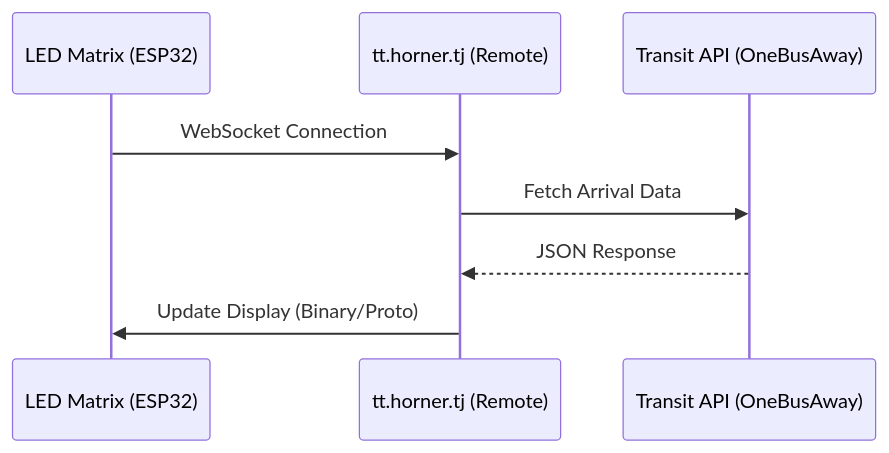
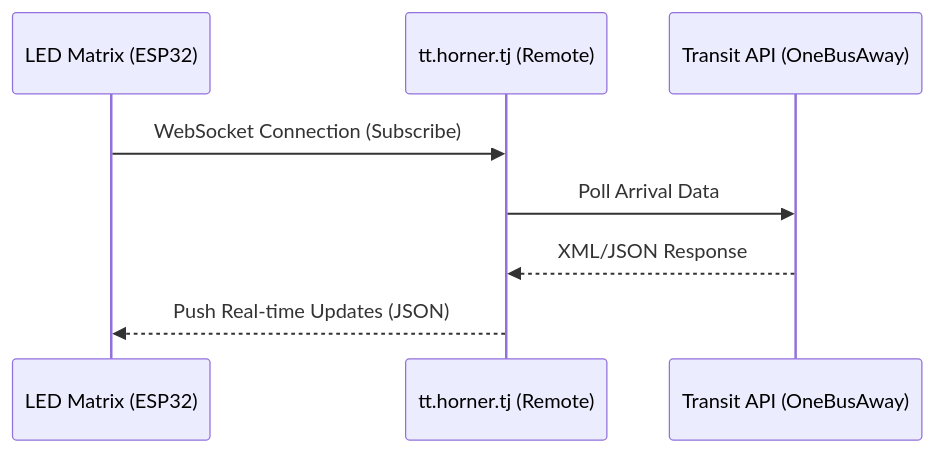
Before and after one commit to tommyroar/transit-tracker-tui: the first of 2 diagrams in README.md, drawn with Mermaid. The commit also changed other lines of this file, not shown here.

Commit message:
docs: add sequence diagrams for cloud and local websocket architecture

````diff
--- a/README.md
+++ b/README.md
@@ -19,11 +19,11 @@
 ```mermaid
 sequenceDiagram
     participant HW as LED Matrix (ESP32)
     participant Cloud as tt.horner.tj (Remote)
     participant API as Transit API (OneBusAway)
 
-    HW->>Cloud: WebSocket Connection
-    Cloud->>API: Fetch Arrival Data
-    API-->>Cloud: JSON Response
-    Cloud->>HW: Update Display (Binary/Proto)
+    HW->>Cloud: WebSocket Connection (Subscribe)
+    Cloud->>API: Poll Arrival Data
+    API-->>Cloud: XML/JSON Response
+    Cloud-->>HW: Push Real-time Updates (JSON)
 ```
````
